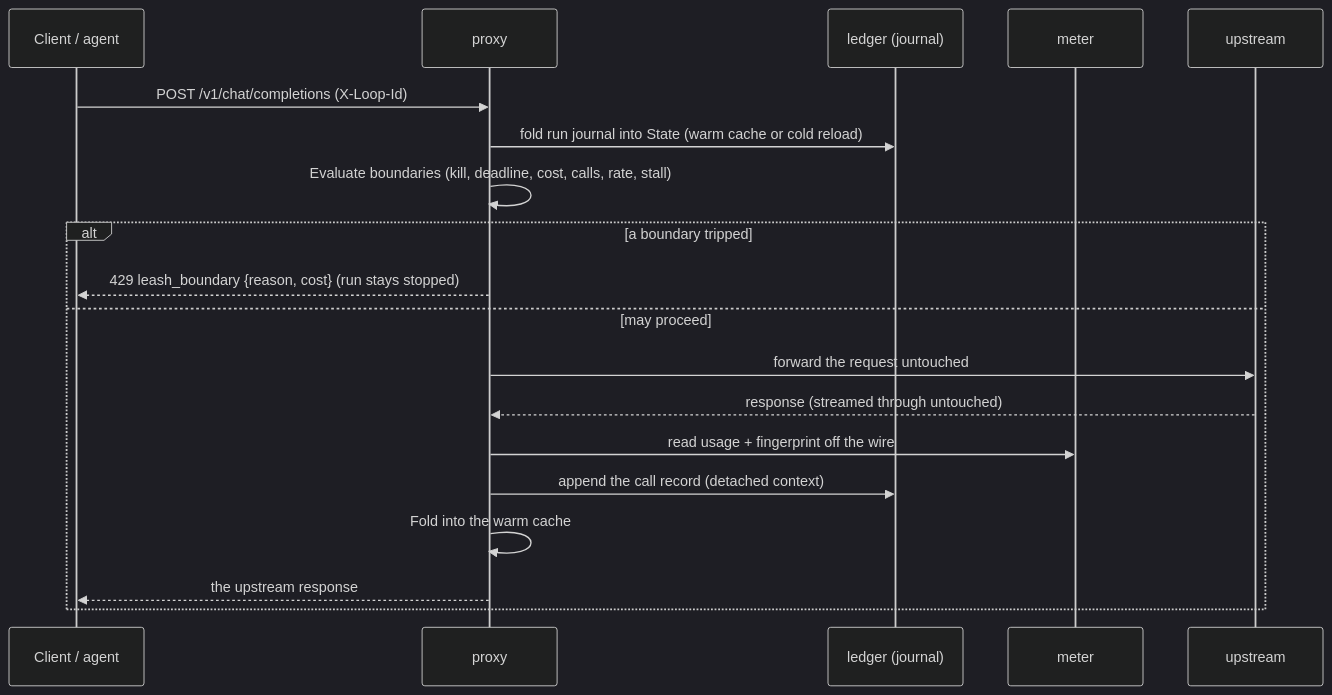
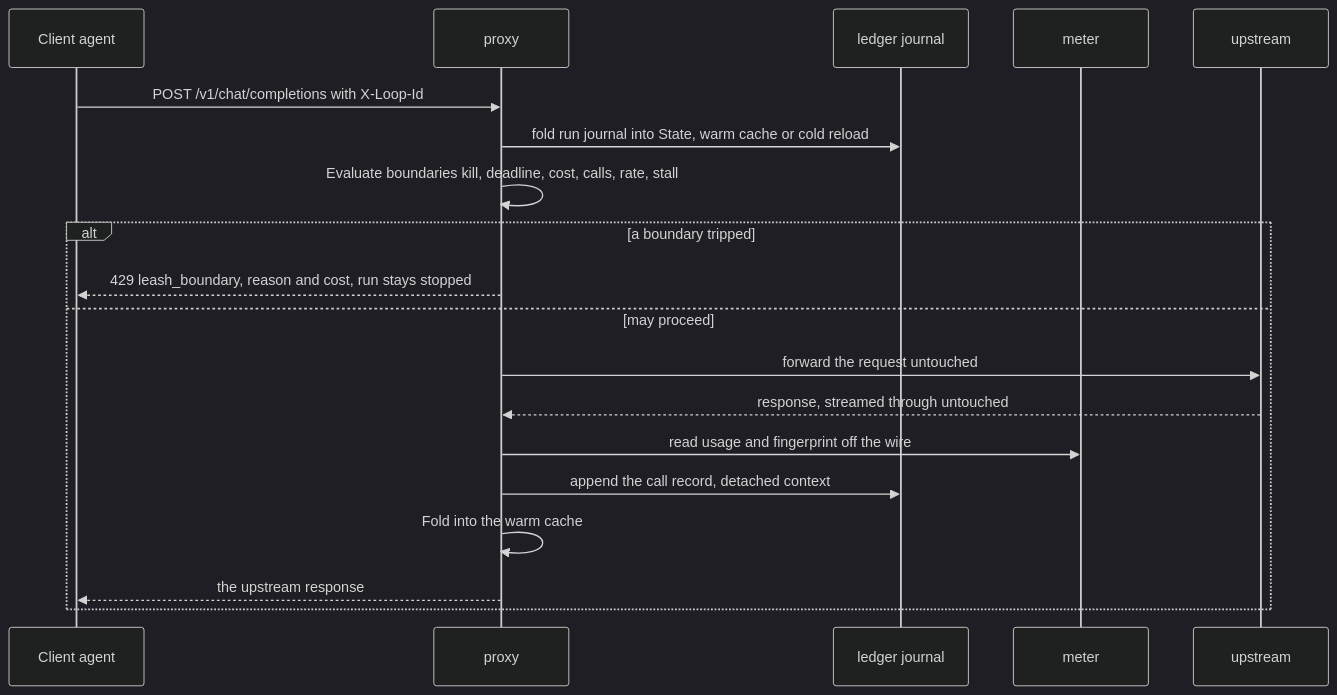
The diagram in ARCHITECTURE.md (sylvester-francis/leash), drawn with Mermaid (dark theme) before and after one commit. The commit also changed 2 other files, not shown here.

Commit message:
docs: fix Mermaid sequence diagrams failing to render on GitHub
Parentheses in a participant alias (e.g. "participant J as Journal (durable)")
crash GitHub's Mermaid renderer with 'Cannot read properties of undefined
(reading render)'. Three sequence diagrams (README, ARCHITECTURE, how-leash-works)
had that, plus parens/braces/inline arrows in message text. Reword to plain,
render-safe text. Flowcharts, which use quoted node labels, are unaffected.

````diff
--- a/ARCHITECTURE.md
+++ b/ARCHITECTURE.md
@@ -53,22 +53,22 @@
 ```mermaid
 sequenceDiagram
-    participant C as Client / agent
+    participant C as Client agent
     participant P as proxy
-    participant L as ledger (journal)
+    participant L as ledger journal
     participant M as meter
     participant U as upstream
 
-    C->>P: POST /v1/chat/completions (X-Loop-Id)
-    P->>L: fold run journal into State (warm cache or cold reload)
-    P->>P: Evaluate boundaries (kill, deadline, cost, calls, rate, stall)
+    C->>P: POST /v1/chat/completions with X-Loop-Id
+    P->>L: fold run journal into State, warm cache or cold reload
+    P->>P: Evaluate boundaries kill, deadline, cost, calls, rate, stall
     alt a boundary tripped
-        P-->>C: 429 leash_boundary {reason, cost}  (run stays stopped)
+        P-->>C: 429 leash_boundary, reason and cost, run stays stopped
     else may proceed
         P->>U: forward the request untouched
-        U-->>P: response (streamed through untouched)
-        P->>M: read usage + fingerprint off the wire
-        P->>L: append the call record (detached context)
+        U-->>P: response, streamed through untouched
+        P->>M: read usage and fingerprint off the wire
+        P->>L: append the call record, detached context
         P->>P: Fold into the warm cache
         P-->>C: the upstream response
     end
 ```
````
